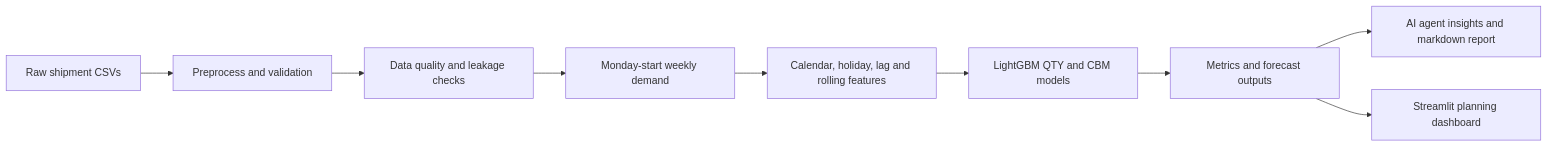
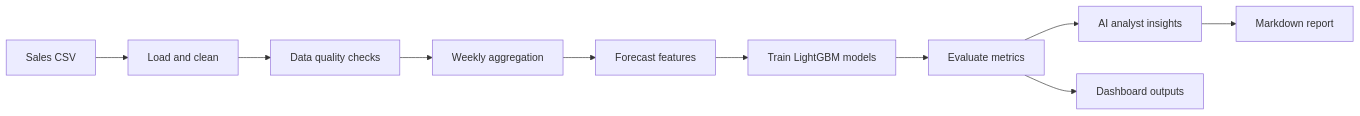
Before and after one commit to I34cH-VN/-fmcg-demand-forecasting: the diagram in README.md, drawn with Mermaid. The commit also changed other lines of this file and 1 other file, not shown here.

````diff
--- a/README.md
+++ b/README.md
@@ -38,11 +34,12 @@
 ```mermaid
 flowchart LR
-    A["Raw shipment CSVs"] --> B["Preprocess and validation"]
-    B --> C["Data quality and leakage checks"]
-    C --> D["Monday-start weekly demand"]
-    D --> E["Calendar, holiday, lag and rolling features"]
-    E --> F["LightGBM QTY and CBM models"]
-    F --> G["Metrics and forecast outputs"]
-    G --> H["AI agent insights and markdown report"]
-    G --> I["Streamlit planning dashboard"]
+    A["Sales CSV"] --> B["Load and clean"]
+    B --> C["Data quality checks"]
+    C --> D["Weekly aggregation"]
+    D --> E["Forecast features"]
+    E --> F["Train LightGBM models"]
+    F --> G["Evaluate metrics"]
+    G --> H["AI analyst insights"]
+    H --> I["Markdown report"]
+    G --> J["Dashboard outputs"]
 ```
````
